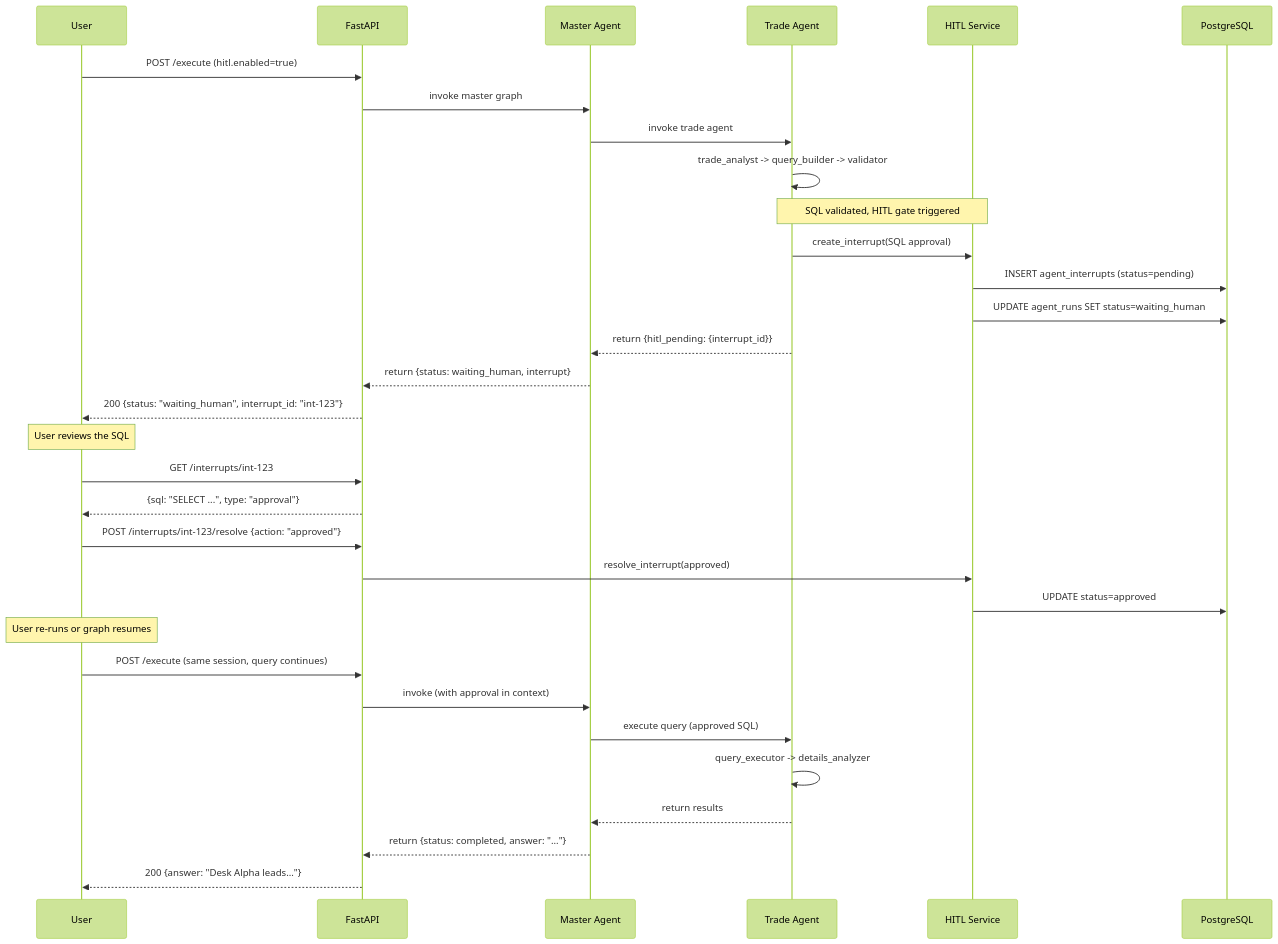
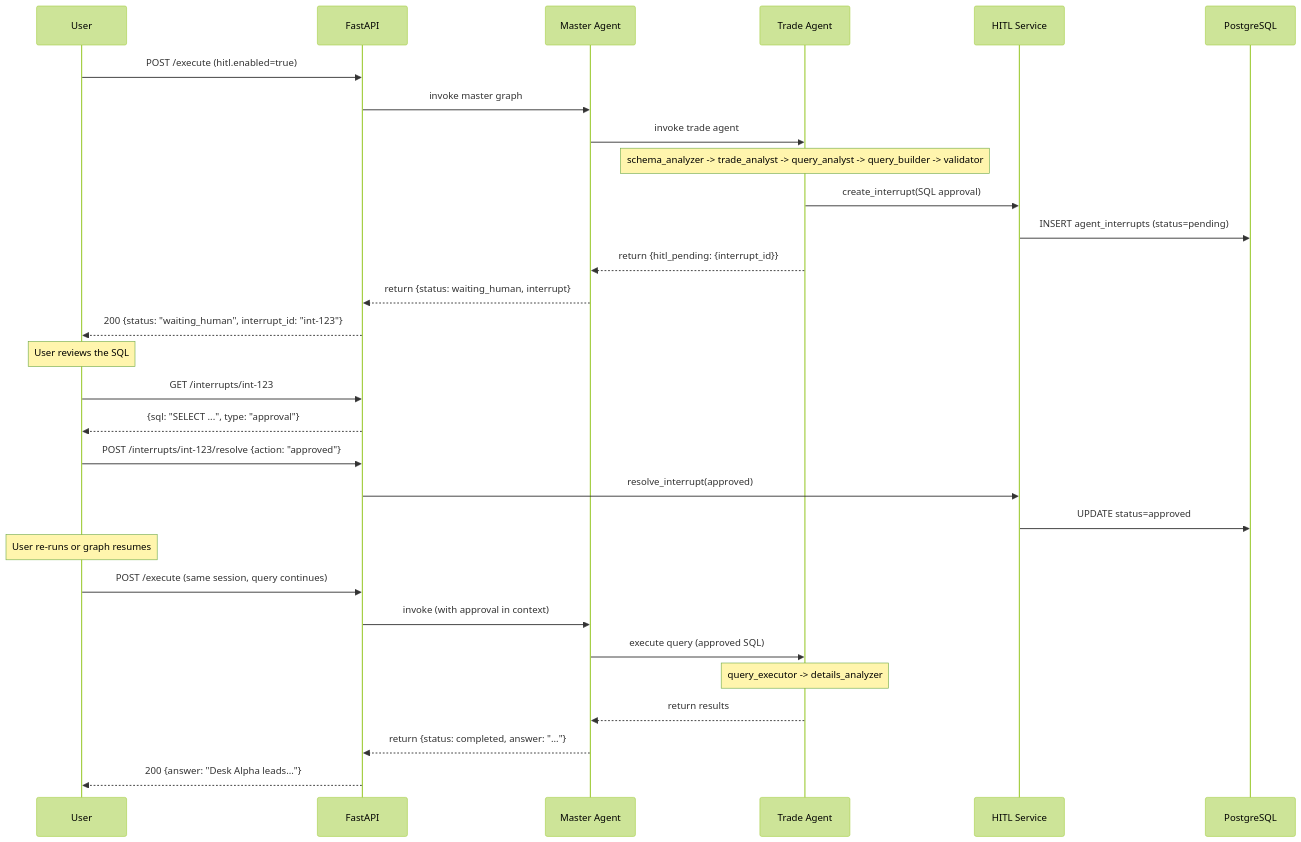
One commit to KindredSage/rag-architecture-claude changed the eighth of 8 diagrams in agent_platform/docs/DIAGRAMS.md. Above: the diagram before and after it, drawn with Mermaid (forest theme). The commit also changed other lines of this file and 11 other files, not shown here.

````diff
--- a/agent_platform/docs/DIAGRAMS.md
+++ b/agent_platform/docs/DIAGRAMS.md
@@ -158,40 +251,39 @@
 ```mermaid
 sequenceDiagram
     participant U as User
     participant API as FastAPI
     participant MA as Master Agent
     participant TA as Trade Agent
     participant HITL as HITL Service
     participant PG as PostgreSQL
 
     U->>API: POST /execute (hitl.enabled=true)
     API->>MA: invoke master graph
     MA->>TA: invoke trade agent
-    TA->>TA: trade_analyst -> query_builder -> validator
 
-    Note over TA,HITL: SQL validated, HITL gate triggered
+    Note over TA: schema_analyzer -> trade_analyst -> query_analyst -> query_builder -> validator
     TA->>HITL: create_interrupt(SQL approval)
     HITL->>PG: INSERT agent_interrupts (status=pending)
-    HITL->>PG: UPDATE agent_runs SET status=waiting_human
 
     TA-->>MA: return {hitl_pending: {interrupt_id}}
     MA-->>API: return {status: waiting_human, interrupt}
     API-->>U: 200 {status: "waiting_human", interrupt_id: "int-123"}
 
     Note over U: User reviews the SQL
     U->>API: GET /interrupts/int-123
     API-->>U: {sql: "SELECT ...", type: "approval"}
 
     U->>API: POST /interrupts/int-123/resolve {action: "approved"}
     API->>HITL: resolve_interrupt(approved)
     HITL->>PG: UPDATE status=approved
 
     Note over U: User re-runs or graph resumes
     U->>API: POST /execute (same session, query continues)
     API->>MA: invoke (with approval in context)
     MA->>TA: execute query (approved SQL)
-    TA->>TA: query_executor -> details_analyzer
+
+    Note over TA: query_executor -> details_analyzer
     TA-->>MA: return results
     MA-->>API: return {status: completed, answer: "..."}
     API-->>U: 200 {answer: "Desk Alpha leads..."}
 ```
````
